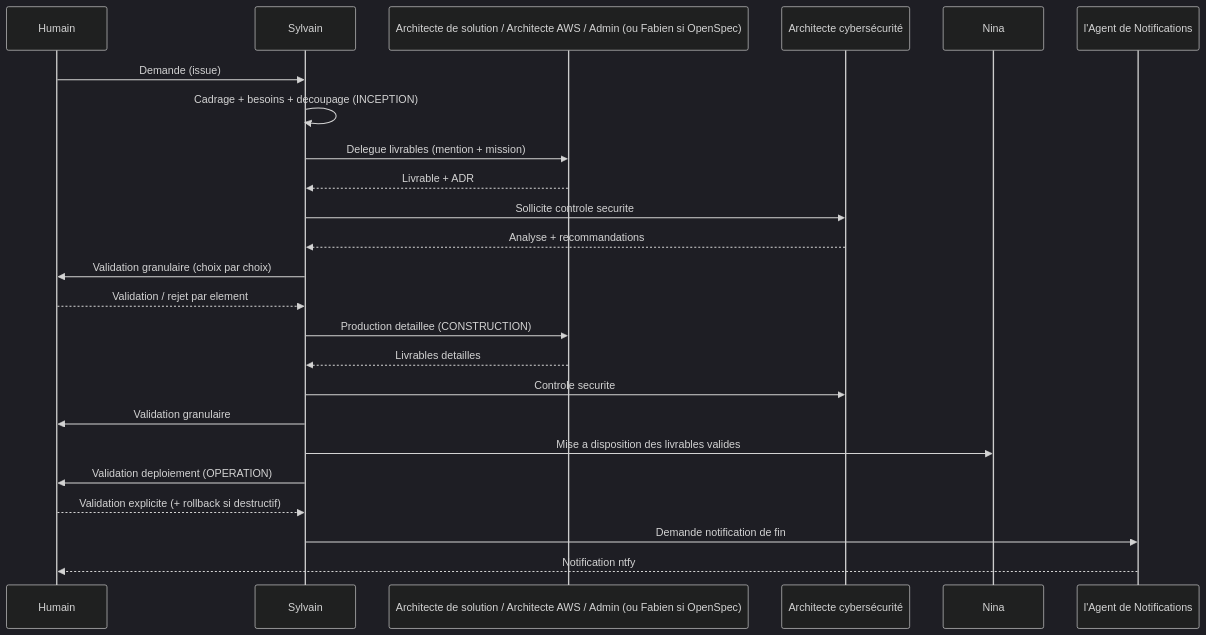
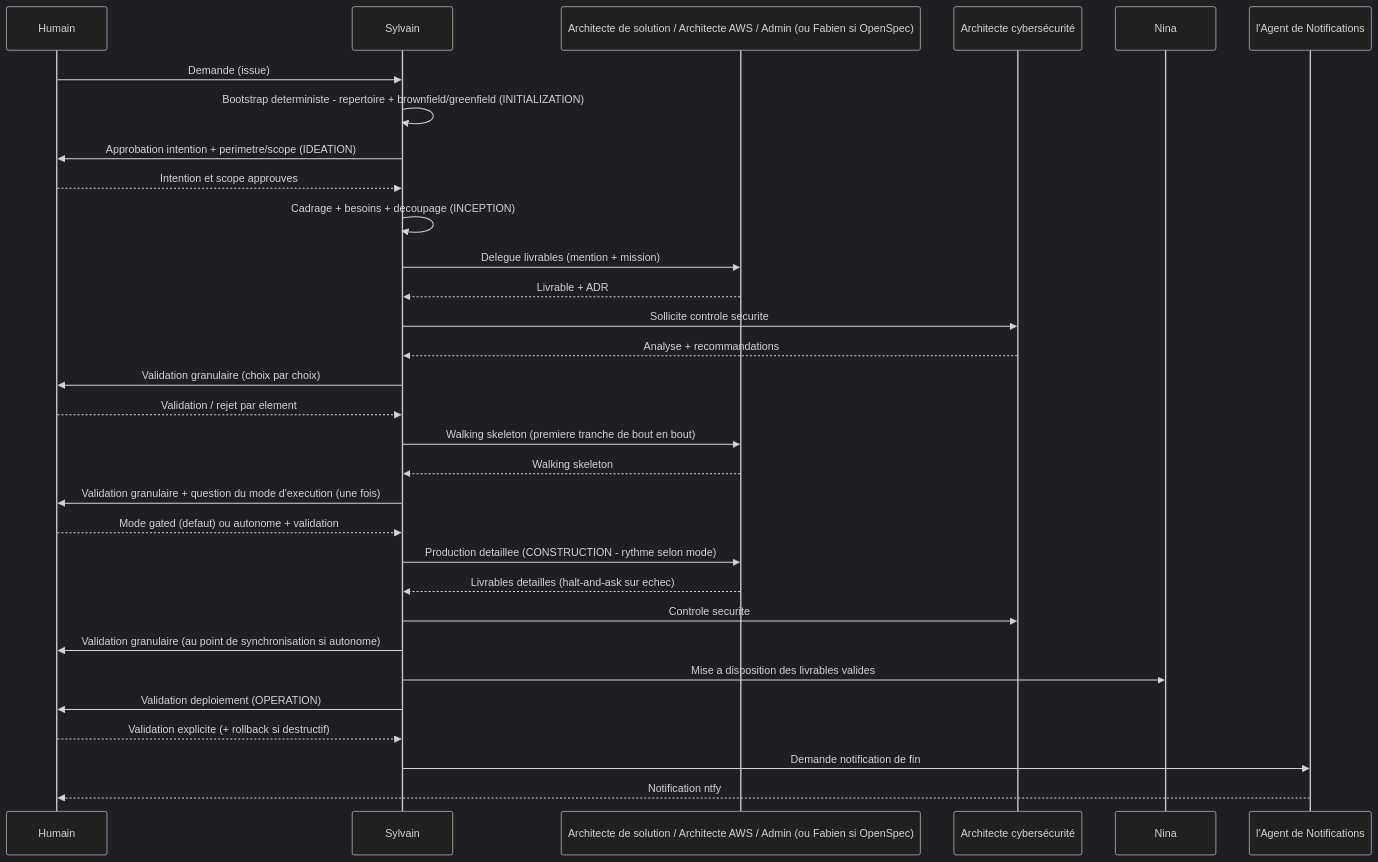
Before and after one commit to Gsyltc/homelab-portfolio: the second of 2 diagrams in docs/core-workflow.md, drawn with Mermaid (dark theme). The commit also changed other lines of this file and 1 other file, not shown here.

First line of the commit message:
docs(workflow): passage à 5 phases AI-DLC + mode d'autonomie Construction (ALI-189)

````diff
--- a/docs/core-workflow.md
+++ b/docs/core-workflow.md
@@ -579,27 +720,34 @@
 ```mermaid
 sequenceDiagram
     participant H as Humain
     participant S as Sylvain
     participant A as Architecte de solution / Architecte AWS / Admin (ou Fabien si OpenSpec)
     participant X as Architecte cybersécurité
     participant N as Nina
     participant AL as l'Agent de Notifications
 
     H->>S: Demande (issue)
+    S->>S: Bootstrap deterministe - repertoire + brownfield/greenfield (INITIALIZATION)
+    S->>H: Approbation intention + perimetre/scope (IDEATION)
+    H-->>S: Intention et scope approuves
     S->>S: Cadrage + besoins + decoupage (INCEPTION)
     S->>A: Delegue livrables (mention + mission)
     A-->>S: Livrable + ADR
     S->>X: Sollicite controle securite
     X-->>S: Analyse + recommandations
     S->>H: Validation granulaire (choix par choix)
     H-->>S: Validation / rejet par element
-    S->>A: Production detaillee (CONSTRUCTION)
-    A-->>S: Livrables detailles
+    S->>A: Walking skeleton (premiere tranche de bout en bout)
+    A-->>S: Walking skeleton
+    S->>H: Validation granulaire + question du mode d'execution (une fois)
+    H-->>S: Mode gated (defaut) ou autonome + validation
+    S->>A: Production detaillee (CONSTRUCTION - rythme selon mode)
+    A-->>S: Livrables detailles (halt-and-ask sur echec)
     S->>X: Controle securite
-    S->>H: Validation granulaire
+    S->>H: Validation granulaire (au point de synchronisation si autonome)
     S->>N: Mise a disposition des livrables valides
     S->>H: Validation deploiement (OPERATION)
     H-->>S: Validation explicite (+ rollback si destructif)
     S->>AL: Demande notification de fin
     AL-->>H: Notification ntfy
 ```
````
